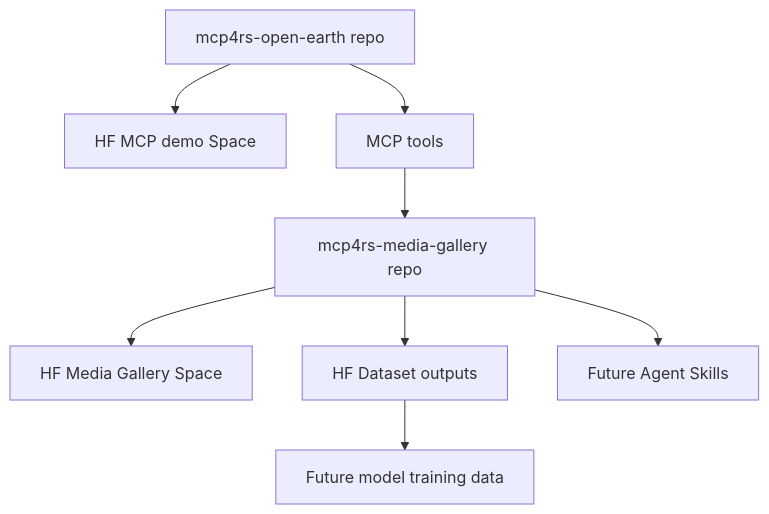
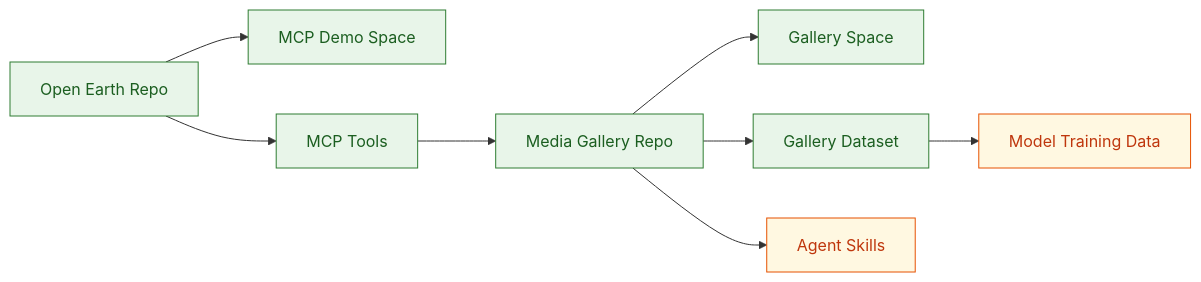
One commit to MCP4RemoteSensing/mcp4rs changed the diagram in ASSET_MAP.md. Above: the diagram before and after it, drawn with Mermaid. The commit also changed other lines of this file and 2 other files, not shown here.

Commit message:
Polish README roadmap visuals and status structure

````diff
--- a/ASSET_MAP.md
+++ b/ASSET_MAP.md
@@ -17,10 +17,13 @@
 ```mermaid
-flowchart TD
-    A["mcp4rs-open-earth repo"] --> B["HF MCP demo Space"]
-    A --> C["MCP tools"]
-    C --> D["mcp4rs-media-gallery repo"]
-    D --> E["HF Media Gallery Space"]
-    D --> F["HF Dataset outputs"]
-    F --> G["Future model training data"]
-    D --> H["Future Agent Skills"]
+flowchart LR
+    classDef live fill:#E8F5E9,stroke:#2E7D32,stroke-width:1px,color:#1B5E20;
+    classDef future fill:#FFF8E1,stroke:#E65100,stroke-width:1px,color:#BF360C;
+
+    A["Open Earth Repo"]:::live --> B["MCP Demo Space"]:::live
+    A --> C["MCP Tools"]:::live
+    C --> D["Media Gallery Repo"]:::live
+    D --> E["Gallery Space"]:::live
+    D --> F["Gallery Dataset"]:::live
+    F --> G["Model Training Data"]:::future
+    D --> H["Agent Skills"]:::future
 ```
````
